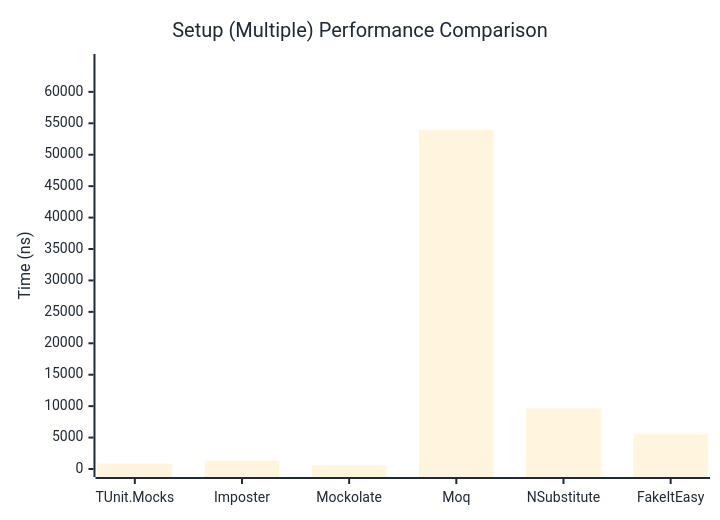
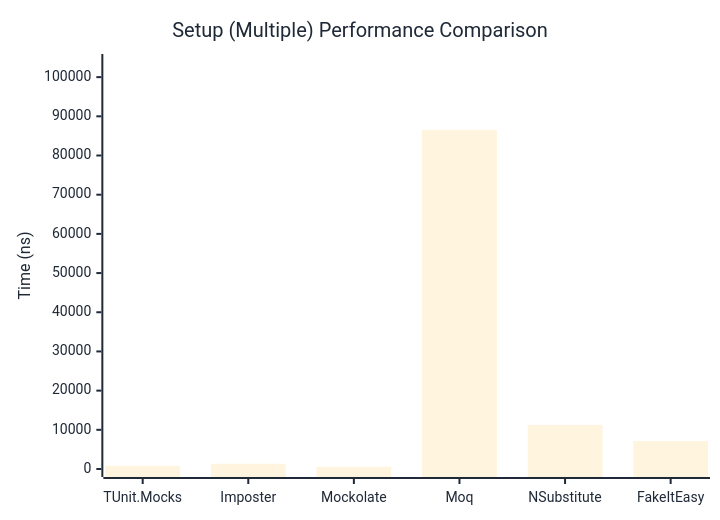
One commit to thomhurst/TUnit changed the second of 2 diagrams in docs/docs/benchmarks/mocks/Setup.md. Above: the diagram before and after it, drawn with Mermaid. The commit also changed other lines of this file and 14 other files, not shown here.

````diff
--- a/docs/docs/benchmarks/mocks/Setup.md
+++ b/docs/docs/benchmarks/mocks/Setup.md
@@ -71,27 +71,27 @@
 ```mermaid
 %%{init: {
   'theme':'base',
   'themeVariables': {
     'primaryColor': '#2563eb',
     'primaryTextColor': '#1f2937',
     'primaryBorderColor': '#1e40af',
     'lineColor': '#6b7280',
     'secondaryColor': '#7c3aed',
     'tertiaryColor': '#dc2626',
     'background': '#ffffff',
     'pie1': '#2563eb',
     'pie2': '#7c3aed',
     'pie3': '#dc2626',
     'pie4': '#f59e0b',
     'pie5': '#10b981',
     'pie6': '#06b6d4',
     'pie7': '#ec4899',
     'pie8': '#6366f1'
   }
 }}%%
 xychart-beta
   title "Setup (Multiple) Performance Comparison"
   x-axis ["TUnit.Mocks", "Imposter", "Mockolate", "Moq", "NSubstitute", "FakeItEasy"]
-  y-axis "Time (ns)" 0 --> 64753
-  bar [848.5, 1326.7, 576.8, 53960.2, 9627.4, 5541.2]
+  y-axis "Time (ns)" 0 --> 103861
+  bar [814.7, 1331.2, 569.8, 86550.6, 11253.7, 7108.7]
 ```
````
